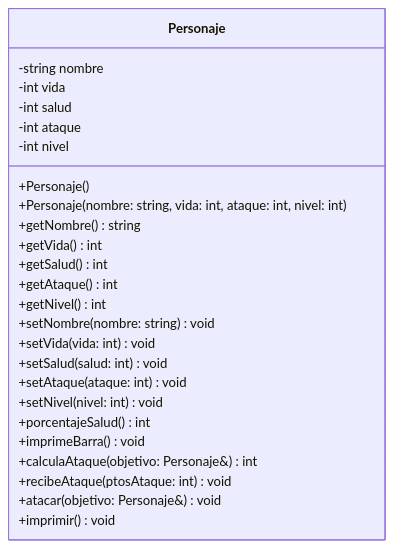
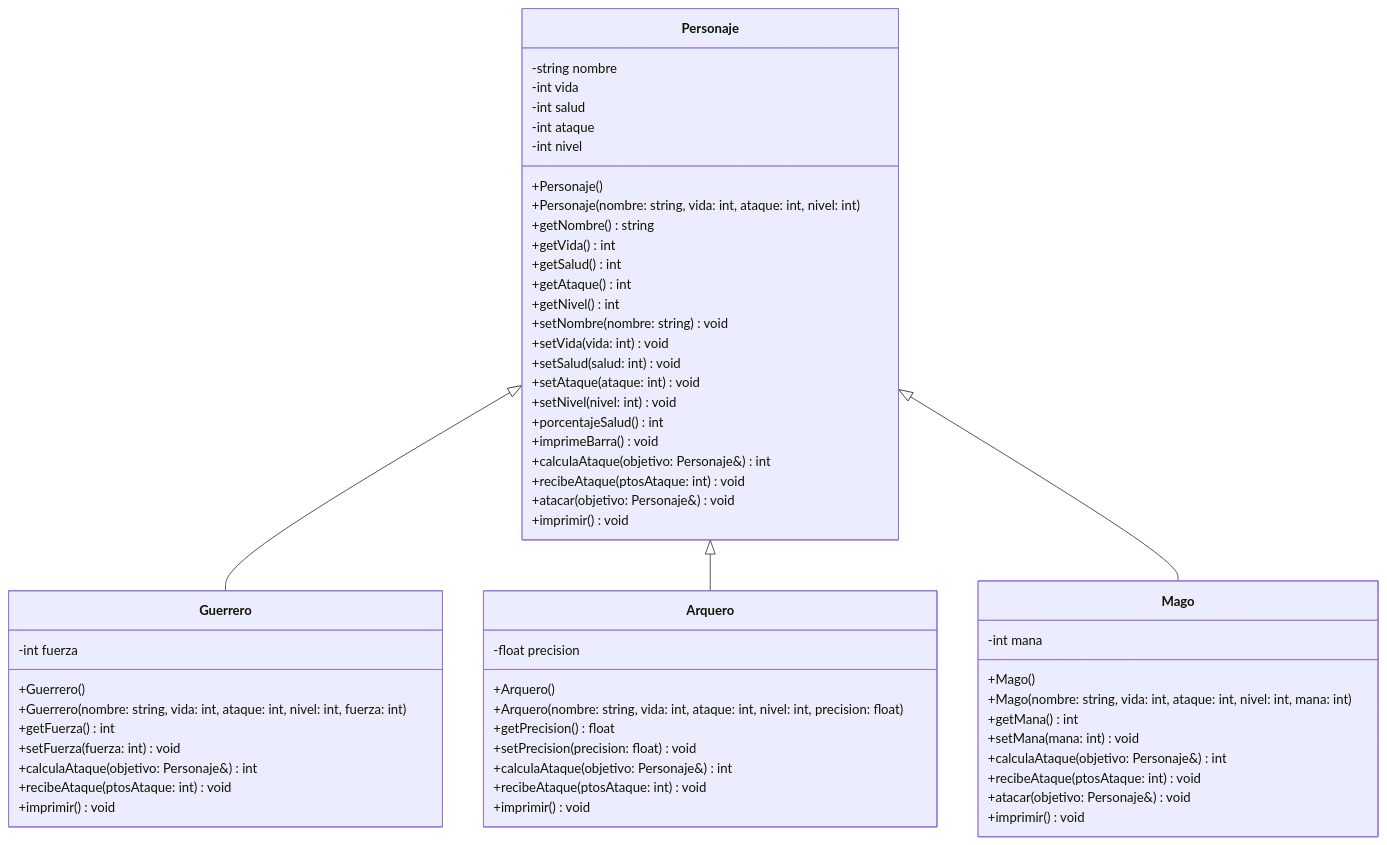
The diagram in assignments/Proyecto/README.md (leonguevara/proyecto_502038_tc1030_v26), drawn with Mermaid before and after one commit. The commit also changed other lines of this file, not shown here.

Commit message:
Actualización del README.md

````diff
--- a/assignments/Proyecto/README.md
+++ b/assignments/Proyecto/README.md
@@ -3,28 +3,66 @@
 ```mermaid
 classDiagram
     class Personaje {
         -string nombre
         -int vida
         -int salud
         -int ataque
         -int nivel
         +Personaje()
         +Personaje(nombre: string, vida: int, ataque: int, nivel: int)
         +getNombre() string
         +getVida() int
         +getSalud() int
         +getAtaque() int
         +getNivel() int
         +setNombre(nombre: string) void
         +setVida(vida: int) void
         +setSalud(salud: int) void
         +setAtaque(ataque: int) void
         +setNivel(nivel: int) void
         +porcentajeSalud() int
         +imprimeBarra() void
         +calculaAtaque(objetivo: Personaje&) int
         +recibeAtaque(ptosAtaque: int) void
         +atacar(objetivo: Personaje&) void
         +imprimir() void
     }
+
+    class Guerrero {
+        -int fuerza
+        +Guerrero()
+        +Guerrero(nombre: string, vida: int, ataque: int, nivel: int, fuerza: int)
+        +getFuerza() int
+        +setFuerza(fuerza: int) void
+        +calculaAtaque(objetivo: Personaje&) int
+        +recibeAtaque(ptosAtaque: int) void
+        +imprimir() void
+    }
+
+    class Arquero {
+        -float precision
+        +Arquero()
+        +Arquero(nombre: string, vida: int, ataque: int, nivel: int, precision: float)
+        +getPrecision() float
+        +setPrecision(precision: float) void
+        +calculaAtaque(objetivo: Personaje&) int
+        +recibeAtaque(ptosAtaque: int) void
+        +imprimir() void
+    }
+
+    class Mago {
+        -int mana
+        +Mago()
+        +Mago(nombre: string, vida: int, ataque: int, nivel: int, mana: int)
+        +getMana() int
+        +setMana(mana: int) void
+        +calculaAtaque(objetivo: Personaje&) int
+        +recibeAtaque(ptosAtaque: int) void
+        +atacar(objetivo: Personaje&) void
+        +imprimir() void
+    }
+
+    Personaje <|-- Guerrero
+    Personaje <|-- Arquero
+    Personaje <|-- Mago
 ```
````
